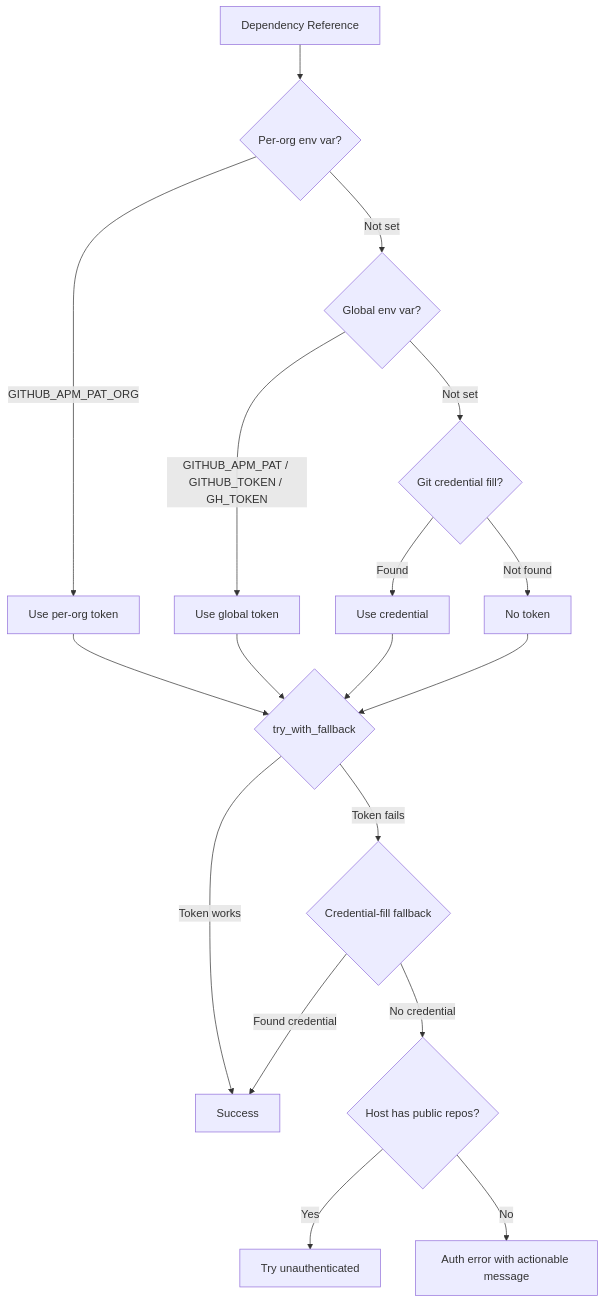
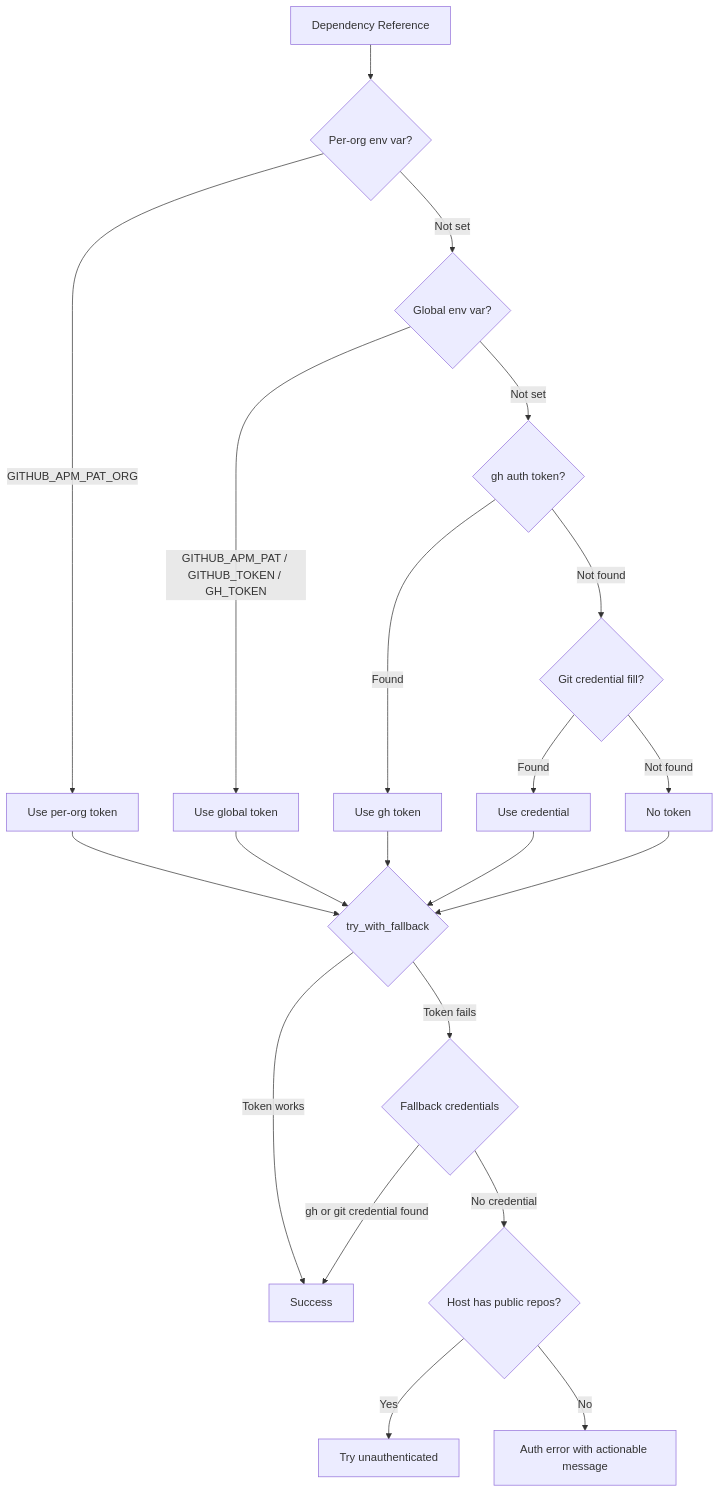
One commit to microsoft/apm changed the diagram in docs/src/content/docs/getting-started/authentication.md. Above: the diagram before and after it, drawn with Mermaid. The commit also changed other lines of this file and 5 other files, not shown here.

First line of the commit message:
fix(auth): try gh auth token before git credential fill

````diff
--- a/docs/src/content/docs/getting-started/authentication.md
+++ b/docs/src/content/docs/getting-started/authentication.md
@@ -294,22 +296,25 @@
 ```mermaid
 flowchart TD
     A[Dependency Reference] --> B{Per-org env var?}
     B -->|GITHUB_APM_PAT_ORG| C[Use per-org token]
     B -->|Not set| D{Global env var?}
     D -->|GITHUB_APM_PAT / GITHUB_TOKEN / GH_TOKEN| E[Use global token]
-    D -->|Not set| F{Git credential fill?}
-    F -->|Found| G[Use credential]
-    F -->|Not found| H[No token]
+    D -->|Not set| F{gh auth token?}
+    F -->|Found| G[Use gh token]
+    F -->|Not found| H{Git credential fill?}
+    H -->|Found| J[Use credential]
+    H -->|Not found| K[No token]
 
     E --> I{try_with_fallback}
     C --> I
     G --> I
-    H --> I
+    J --> I
+    K --> I
 
-    I -->|Token works| J[Success]
-    I -->|Token fails| K{Credential-fill fallback}
-    K -->|Found credential| J
-    K -->|No credential| L{Host has public repos?}
-    L -->|Yes| M[Try unauthenticated]
-    L -->|No| N[Auth error with actionable message]
+    I -->|Token works| L[Success]
+    I -->|Token fails| M{Fallback credentials}
+    M -->|gh or git credential found| L
+    M -->|No credential| N{Host has public repos?}
+    N -->|Yes| O[Try unauthenticated]
+    N -->|No| P[Auth error with actionable message]
 ```
````
